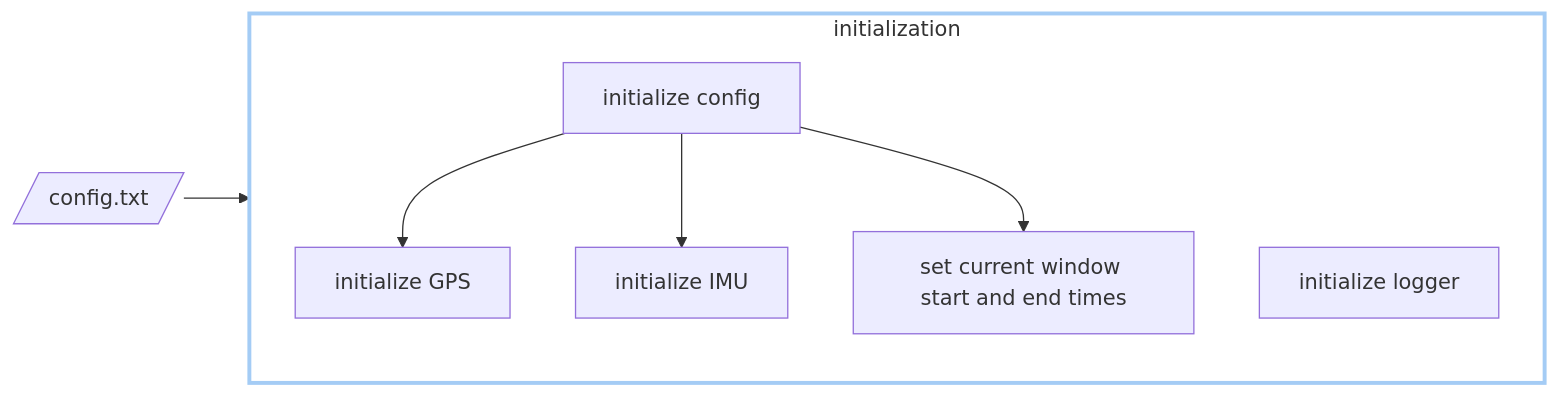
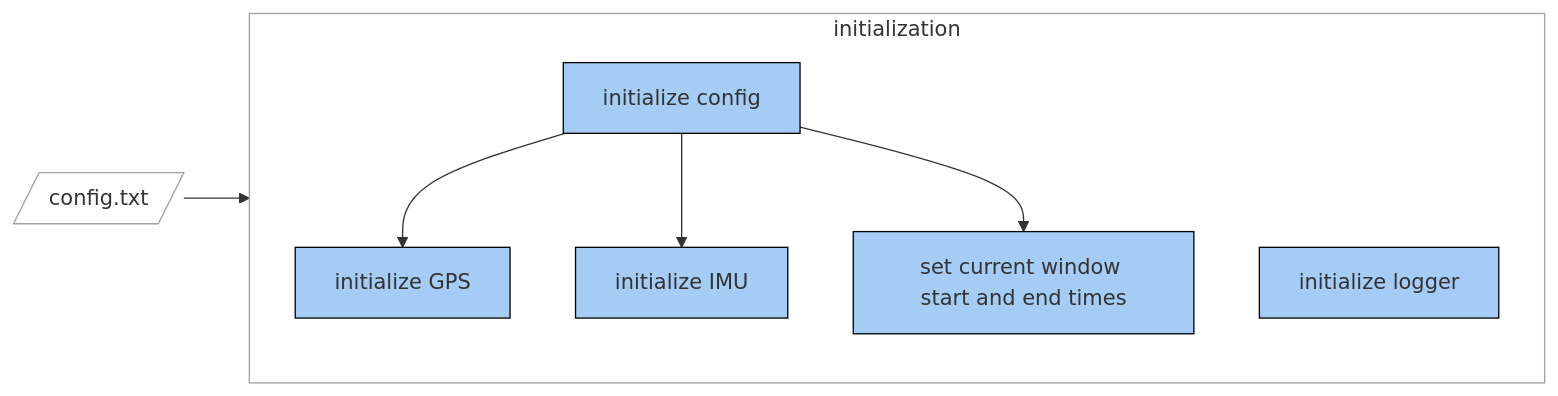
One commit to SASlabgroup/microSWIFT changed the fourth of 7 diagrams in doc/Design.md. Above: the diagram before and after it, drawn with Mermaid. The commit also changed other lines of this file, not shown here.

Commit message:
finishes all flows

````diff
--- a/doc/Design.md
+++ b/doc/Design.md
@@ -145,13 +145,15 @@
 ```mermaid
 flowchart LR
     user_config[/config.txt/]-->config["initialize config"];
     subgraph initialization
         direction TB
         logger["initialize logger"]
         config-->gps["initialize GPS"] & imu["initialize IMU"] & set_time["set current window start and end times"];
     end
 
-    classDef blue fill:#FFFFFF,stroke:#a4ccf5,stroke-width:3px
-    class initialization blue
+    classDef grey fill:#FFFFFF,stroke:#a3a0a0, stroke-width:1px
+    classDef blue fill:#a4ccf5,stroke:#000000,stroke-width:1px
 
+    class initialization,user_config grey
+    class logger,config,gps,imu,set_time blue
 ```
````
